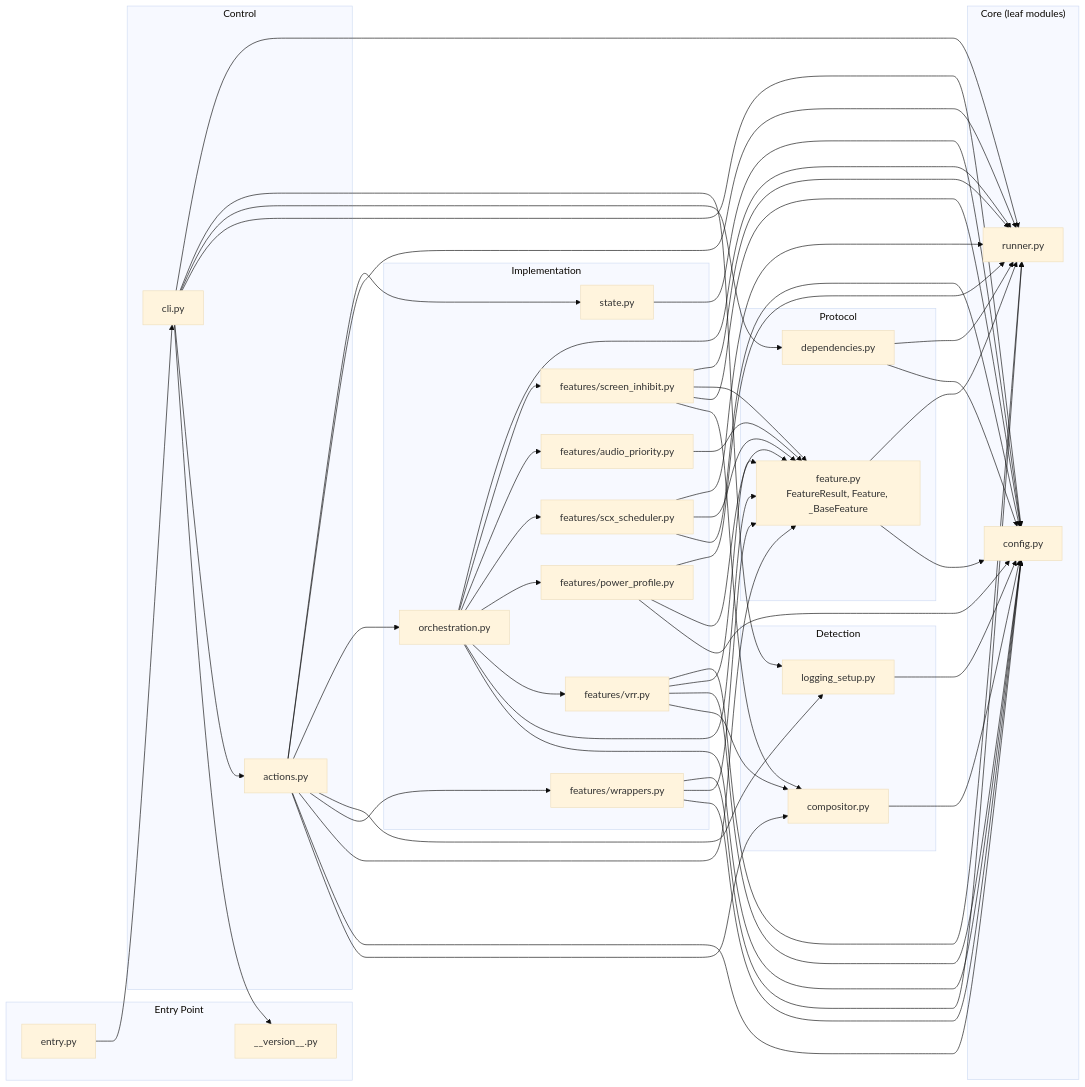
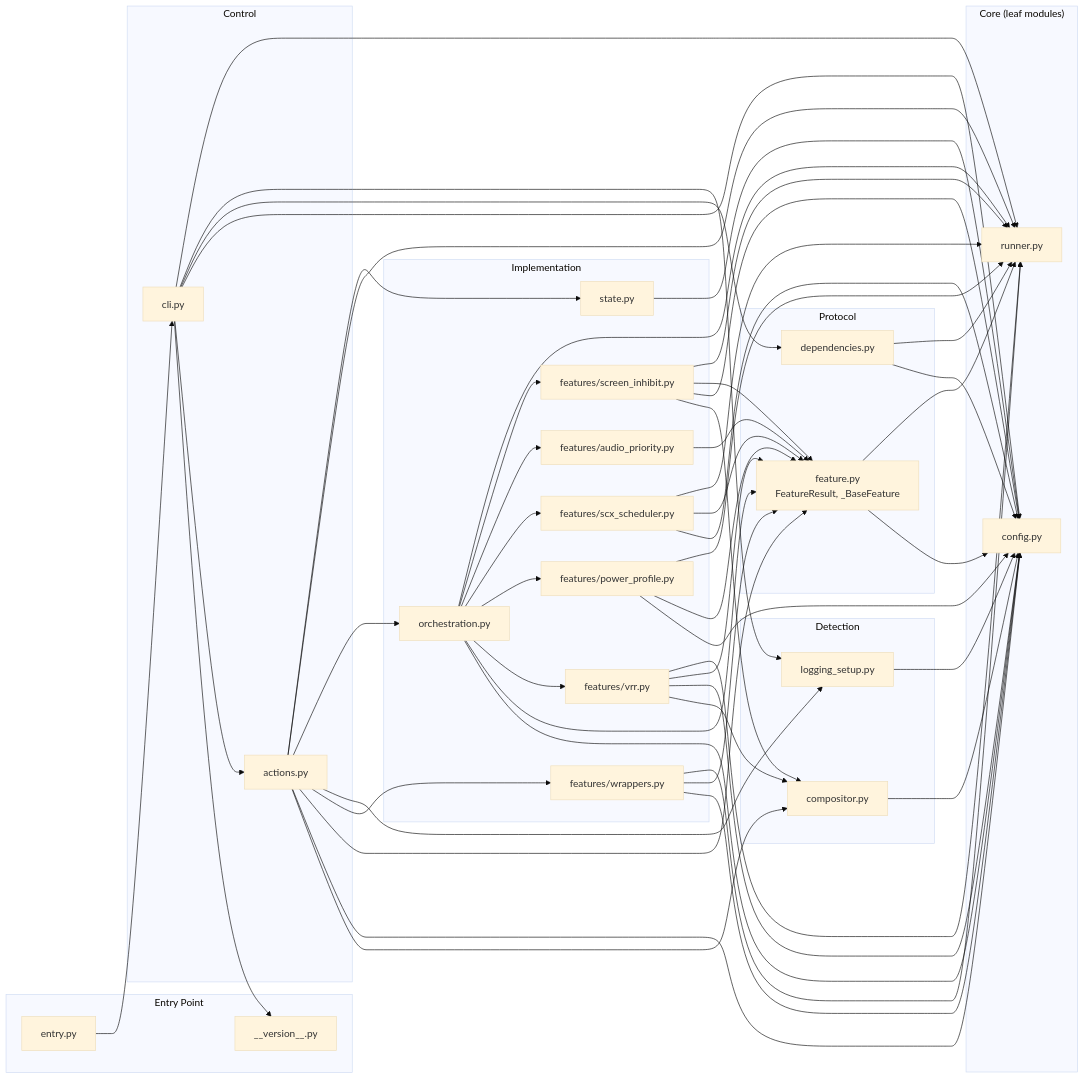
One commit to WombatFromHell/beryl-gamemode changed the first of 6 diagrams in DESIGN.md. Above: the diagram before and after it, drawn with Mermaid (base theme). The commit also changed other lines of this file and 14 other files, not shown here.

```diff
--- a/DESIGN.md
+++ b/DESIGN.md
@@ -29,7 +29,7 @@
     end
 
     subgraph protocol["Protocol"]
-        feature[feature.py<br/>FeatureResult, Feature, _BaseFeature]
+        feature[feature.py<br/>FeatureResult, _BaseFeature]
         dependencies[dependencies.py]
     end
 
```
